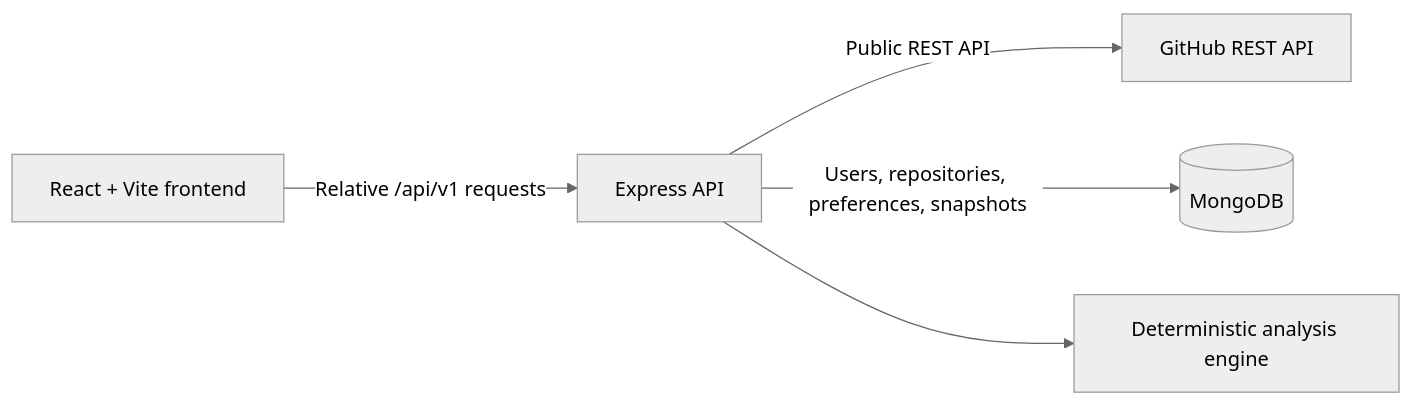
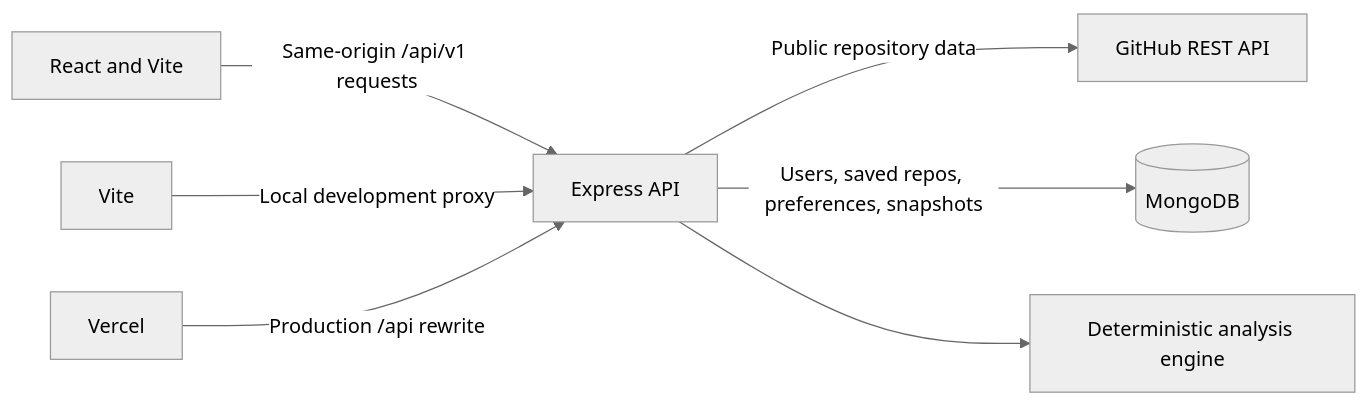
One commit to yashvardhan25bcs10761-dot/DevFlow changed the diagram in README.md. Above: the diagram before and after it, drawn with Mermaid (neutral theme). The commit also changed other lines of this file and 8 other files, not shown here.

````diff
--- a/README.md
+++ b/README.md
@@ -19,7 +74,9 @@
 ```mermaid
 flowchart LR
-  Browser[React + Vite frontend] -->|Relative /api/v1 requests| Express[Express API]
-  Express -->|Public REST API| GitHub[GitHub REST API]
-  Express -->|Users, repositories, preferences, snapshots| MongoDB[(MongoDB)]
+  Browser[React and Vite] -->|Same-origin /api/v1 requests| Express[Express API]
+  Express -->|Public repository data| GitHub[GitHub REST API]
+  Express -->|Users, saved repos, preferences, snapshots| Mongo[(MongoDB)]
   Express --> Engine[Deterministic analysis engine]
+  Vite -->|Local development proxy| Express
+  Vercel -->|Production /api rewrite| Express
 ```
````
